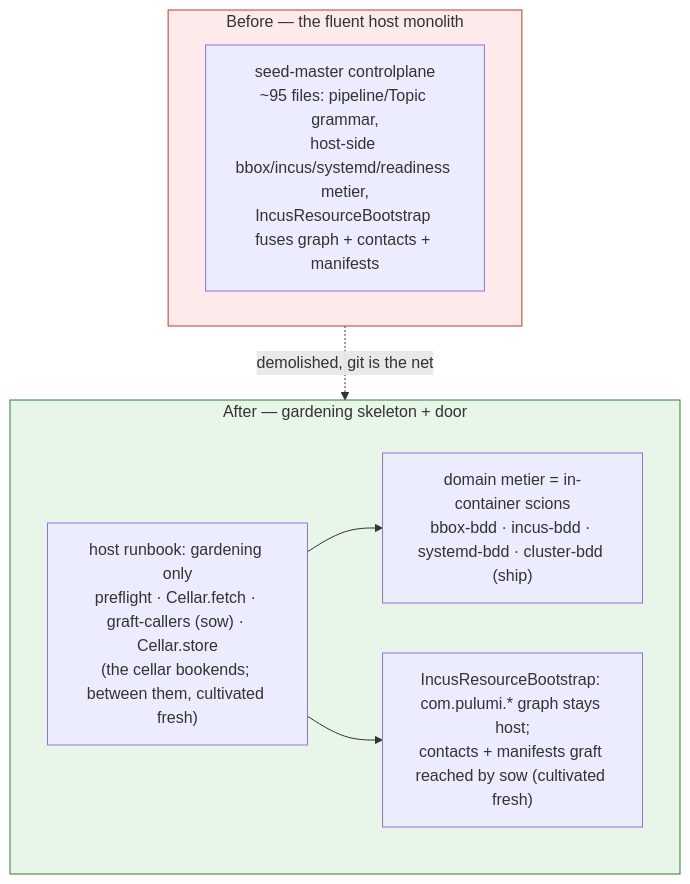
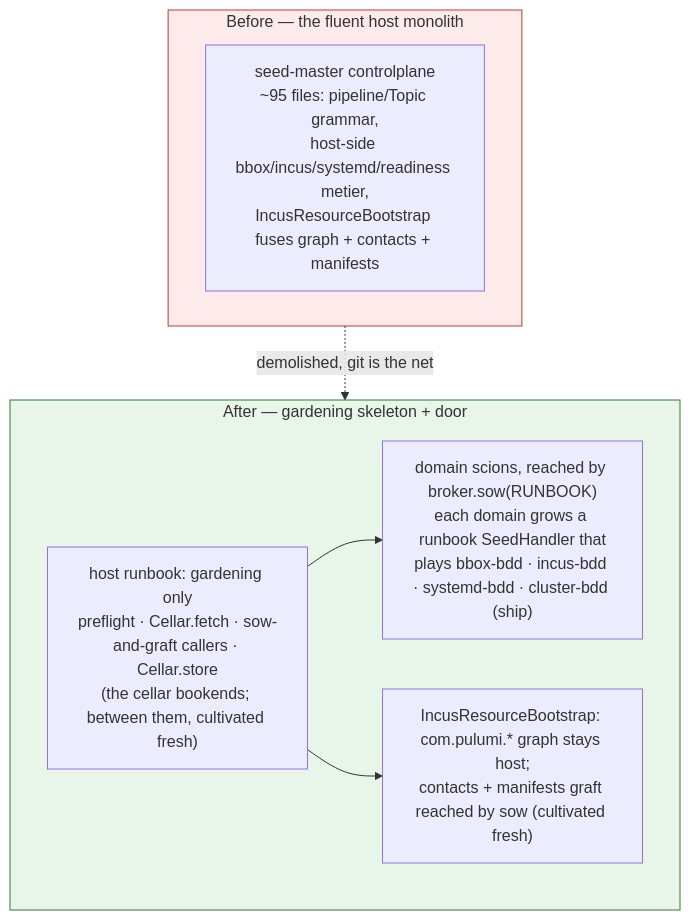
The third of 3 diagrams in docs/architecture/atlas/seed.adoc (nxmatic/rke2lab), drawn with Mermaid before and after one commit. The commit also changed other lines of this file and 7 other files, not shown here.

First line of the commit message:
feat(seed-broker): the two kinds of coordinate — a sealed ValueCoordinate for the gardener's vocabulary

```diff
--- a/docs/architecture/atlas/seed.adoc
+++ b/docs/architecture/atlas/seed.adoc
@@ -333,18 +333,18 @@
 [mermaid]
 ----
 flowchart TB
   subgraph BEFORE[Before — the fluent host monolith]
     b1["seed-master controlplane<br/>~95 files: pipeline/Topic grammar,<br/>host-side bbox/incus/systemd/readiness metier,<br/>IncusResourceBootstrap fuses graph + contacts + manifests"]
   end
   subgraph AFTER[After — gardening skeleton + door]
-    a1["host runbook: gardening only<br/>preflight · Cellar.fetch · graft-callers (sow) · Cellar.store<br/>(the cellar bookends; between them, cultivated fresh)"]
-    a2["domain metier = in-container scions<br/>bbox-bdd · incus-bdd · systemd-bdd · cluster-bdd (ship)"]
+    a1["host runbook: gardening only<br/>preflight · Cellar.fetch · sow-and-graft callers · Cellar.store<br/>(the cellar bookends; between them, cultivated fresh)"]
+    a2["domain scions, reached by broker.sow(RUNBOOK)<br/>each domain grows a runbook SeedHandler that<br/>plays bbox-bdd · incus-bdd · systemd-bdd · cluster-bdd (ship)"]
     a3["IncusResourceBootstrap: com.pulumi.* graph stays host;<br/>contacts + manifests graft reached by sow (cultivated fresh)"]
     a1 --> a2
     a1 --> a3
   end
   BEFORE -.demolished, git is the net.-> AFTER
 
   style BEFORE fill:#fdeaea,stroke:#c0392b
   style AFTER fill:#e8f5e9,stroke:#2e7d32
 ----
```
